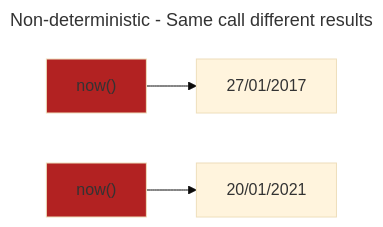
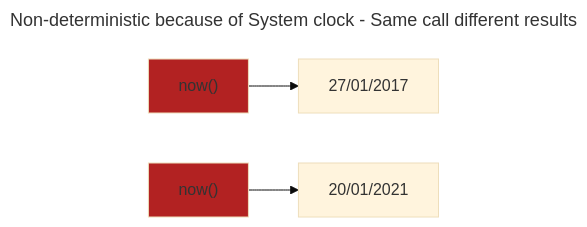
The fourth of 10 diagrams in structure.md (grierson/grierson), drawn with Mermaid (base theme) before and after one commit. The commit also changed other lines of this file, not shown here.

````diff
--- a/structure.md
+++ b/structure.md
@@ -67,10 +72,10 @@
 ```mermaid
 ---
-title: Non-deterministic - Same call different results
+title: Non-deterministic because of System clock - Same call different results
 ---
 flowchart LR
   style Now fill:FireBrick
   Now["now()"] --> 27/01/2017
   style Now2 fill:FireBrick
   Now2["now()"] --> 20/01/2021
 ```
````
